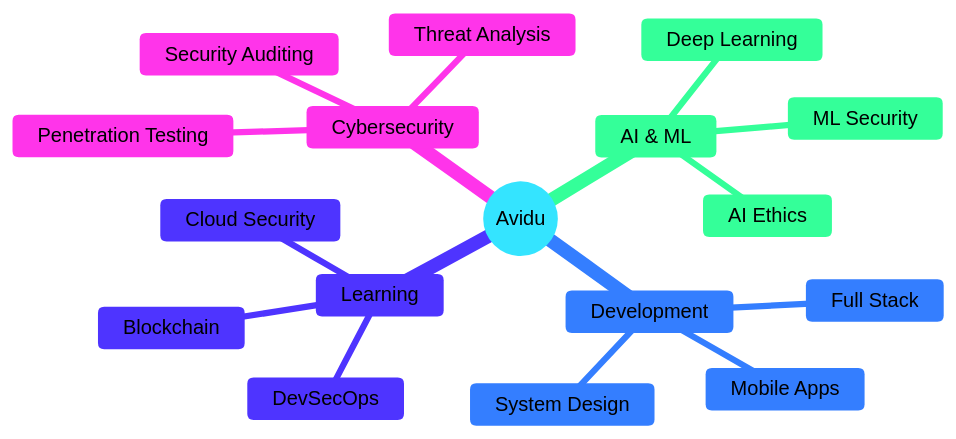
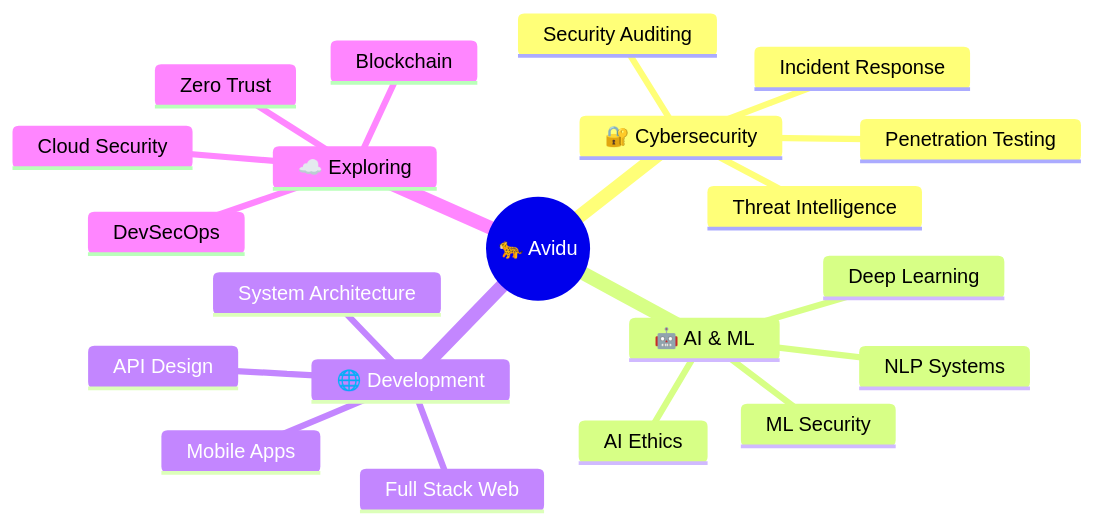
The diagram in README.md (avidzcheetah/avidzcheetah), drawn with Mermaid before and after one commit. The commit also changed other lines of this file, not shown here.

Commit message:
Revamp: Modern immersive profile README with Tokyo Night theme, snake animation, and mermaid mindmap

````diff
--- a/README.md
+++ b/README.md
@@ -129,21 +126,24 @@
 ```mermaid
-%%{init: {'theme':'base', 'themeVariables': { 'primaryColor':'#B3F5FF','primaryTextColor':'#000000','primaryBorderColor':'#00FFF0','lineColor':'#00FFF0','secondaryColor':'#FFB3F7','tertiaryColor':'#B3FFD9','quaternaryColor':'#FFF9B3','noteBkgColor':'#E6F7FF','noteTextColor':'#000000','fontSize':'16px','fontFamily':'Arial'}}}%%
 mindmap
-  root((Avidu))
-    Cybersecurity
+  root((🐆 Avidu))
+    🔐 Cybersecurity
       Penetration Testing
-      Threat Analysis
+      Threat Intelligence
       Security Auditing
-    AI & ML
+      Incident Response
+    🤖 AI & ML
       Deep Learning
       ML Security
+      NLP Systems
       AI Ethics
-    Development
-      Full Stack
+    🌐 Development
+      Full Stack Web
       Mobile Apps
-      System Design
-    Learning
+      System Architecture
+      API Design
+    ☁️ Exploring
+      DevSecOps
+      Cloud Security
       Blockchain
-      Cloud Security
-      DevSecOps
+      Zero Trust
 ```
````
